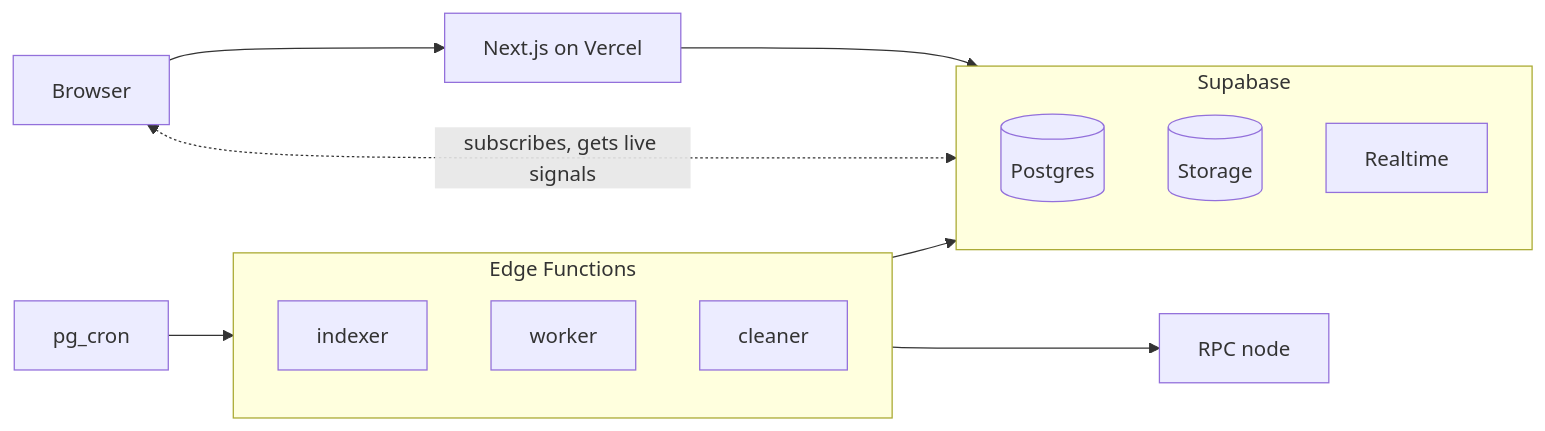
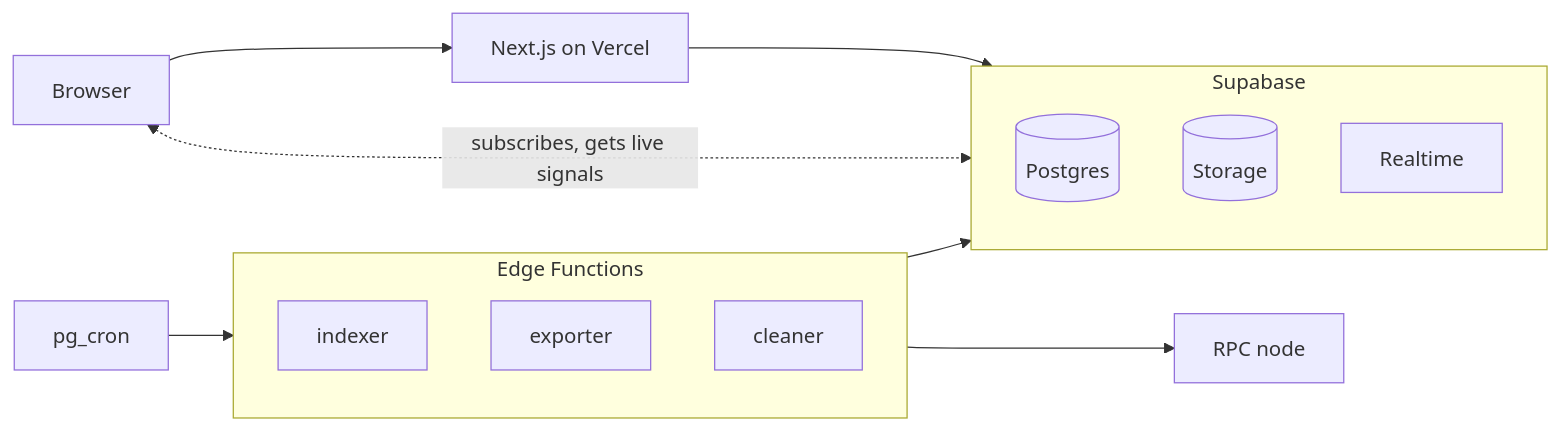
One commit to denleonchev/indie changed the diagram in README.md. Above: the diagram before and after it, drawn with Mermaid. The commit also changed other lines of this file and 9 other files, not shown here.

Commit message:
refactor(export): rename the worker function to exporter (#44)

````diff
--- a/README.md
+++ b/README.md
@@ -25,19 +25,19 @@
 ```mermaid
 flowchart LR
   browser["Browser"] --> web["Next.js on Vercel"]
   web --> supabase
   browser <-. "subscribes, gets live signals" .-> supabase
   cron["pg_cron"] --> functions
   functions --> supabase
   functions --> node["RPC node"]
   subgraph supabase["Supabase"]
     db[("Postgres")]
     storage[("Storage")]
     realtime["Realtime"]
   end
   subgraph functions["Edge Functions"]
     indexer["indexer"]
-    worker["worker"]
+    exporter["exporter"]
     cleaner["cleaner"]
   end
 ```
````
